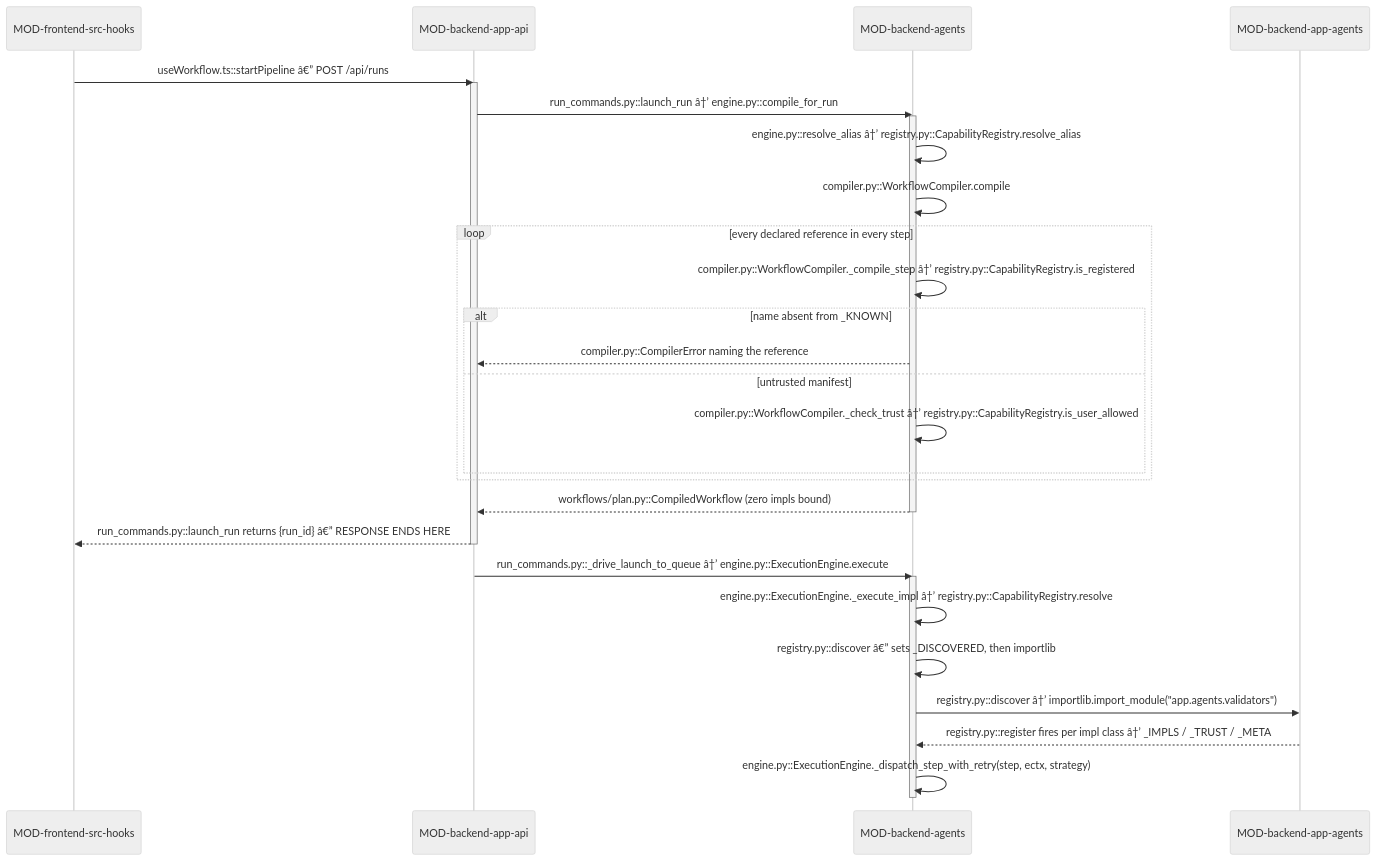
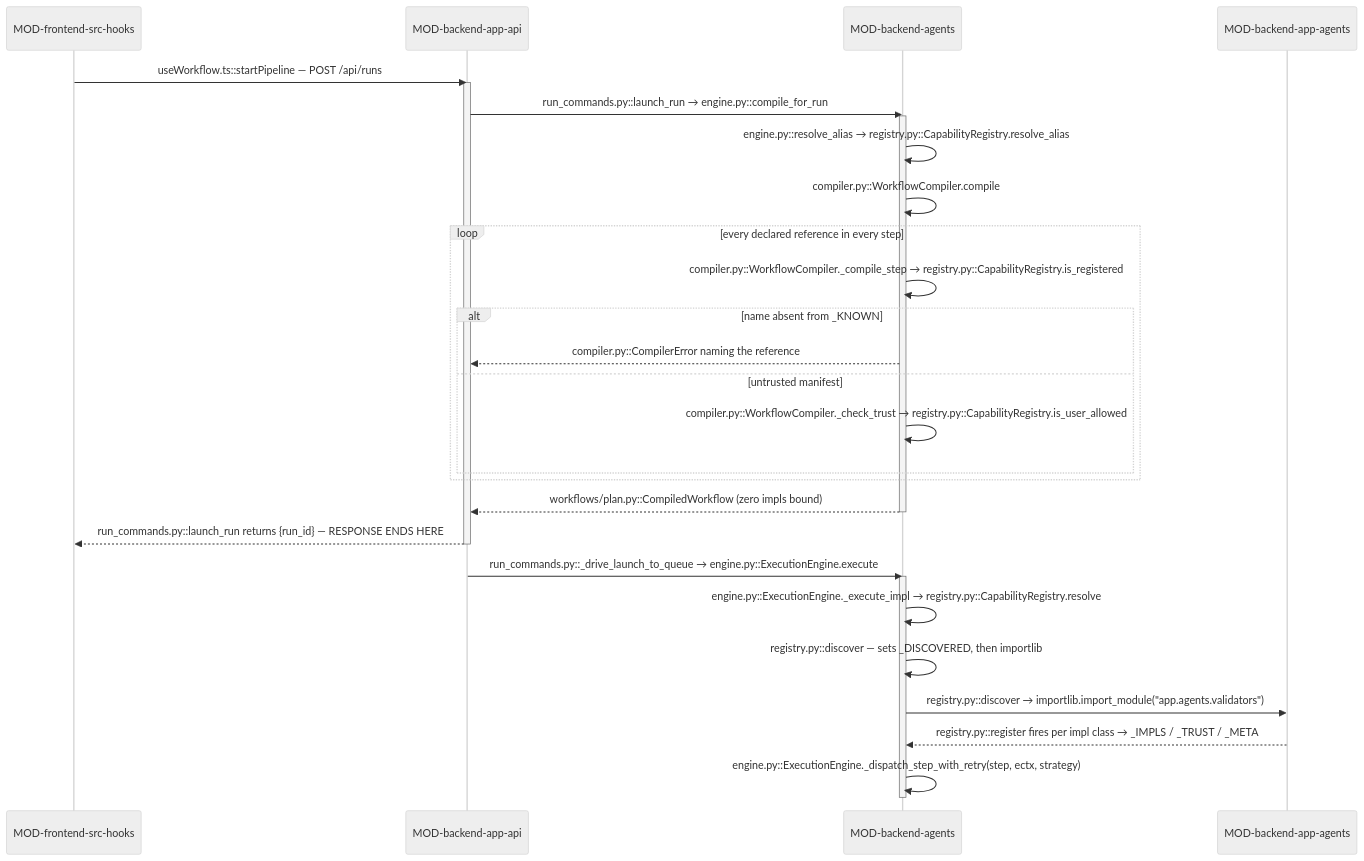
The second of 2 diagrams in .knowledge/architecture/DOMAIN-capability-registry.md (prateek-sinha7/IdeaFlowAI), drawn with Mermaid (neutral theme) before and after one commit. The commit also changed other lines of this file and 4493 other files, not shown here.

````diff
--- a/.knowledge/architecture/DOMAIN-capability-registry.md
+++ b/.knowledge/architecture/DOMAIN-capability-registry.md
@@ -198,35 +201,35 @@
 ```mermaid
 sequenceDiagram
     participant MOD-frontend-src-hooks
     participant MOD-backend-app-api
     participant MOD-backend-agents
     participant MOD-backend-app-agents
 
-    MOD-frontend-src-hooks->>MOD-backend-app-api: useWorkflow.ts::startPipeline â€” POST /api/runs
+    MOD-frontend-src-hooks->>MOD-backend-app-api: useWorkflow.ts::startPipeline — POST /api/runs
     activate MOD-backend-app-api
-    MOD-backend-app-api->>MOD-backend-agents: run_commands.py::launch_run â†’ engine.py::compile_for_run
+    MOD-backend-app-api->>MOD-backend-agents: run_commands.py::launch_run → engine.py::compile_for_run
     activate MOD-backend-agents
-    MOD-backend-agents->>MOD-backend-agents: engine.py::resolve_alias â†’ registry.py::CapabilityRegistry.resolve_alias
+    MOD-backend-agents->>MOD-backend-agents: engine.py::resolve_alias → registry.py::CapabilityRegistry.resolve_alias
     MOD-backend-agents->>MOD-backend-agents: compiler.py::WorkflowCompiler.compile
     loop every declared reference in every step
-        MOD-backend-agents->>MOD-backend-agents: compiler.py::WorkflowCompiler._compile_step â†’ registry.py::CapabilityRegistry.is_registered
+        MOD-backend-agents->>MOD-backend-agents: compiler.py::WorkflowCompiler._compile_step → registry.py::CapabilityRegistry.is_registered
         alt name absent from _KNOWN
             MOD-backend-agents-->>MOD-backend-app-api: compiler.py::CompilerError naming the reference
         else untrusted manifest
-            MOD-backend-agents->>MOD-backend-agents: compiler.py::WorkflowCompiler._check_trust â†’ registry.py::CapabilityRegistry.is_user_allowed
+            MOD-backend-agents->>MOD-backend-agents: compiler.py::WorkflowCompiler._check_trust → registry.py::CapabilityRegistry.is_user_allowed
         end
     end
     MOD-backend-agents-->>MOD-backend-app-api: workflows/plan.py::CompiledWorkflow (zero impls bound)
     deactivate MOD-backend-agents
-    MOD-backend-app-api-->>MOD-frontend-src-hooks: run_commands.py::launch_run returns {run_id} â€” RESPONSE ENDS HERE
+    MOD-backend-app-api-->>MOD-frontend-src-hooks: run_commands.py::launch_run returns {run_id} — RESPONSE ENDS HERE
     deactivate MOD-backend-app-api
 
-    MOD-backend-app-api->>MOD-backend-agents: run_commands.py::_drive_launch_to_queue â†’ engine.py::ExecutionEngine.execute
+    MOD-backend-app-api->>MOD-backend-agents: run_commands.py::_drive_launch_to_queue → engine.py::ExecutionEngine.execute
     activate MOD-backend-agents
-    MOD-backend-agents->>MOD-backend-agents: engine.py::ExecutionEngine._execute_impl â†’ registry.py::CapabilityRegistry.resolve
-    MOD-backend-agents->>MOD-backend-agents: registry.py::discover â€” sets _DISCOVERED, then importlib
-    MOD-backend-agents->>MOD-backend-app-agents: registry.py::discover â†’ importlib.import_module("app.agents.validators")
-    MOD-backend-app-agents-->>MOD-backend-agents: registry.py::register fires per impl class â†’ _IMPLS / _TRUST / _META
+    MOD-backend-agents->>MOD-backend-agents: engine.py::ExecutionEngine._execute_impl → registry.py::CapabilityRegistry.resolve
+    MOD-backend-agents->>MOD-backend-agents: registry.py::discover — sets _DISCOVERED, then importlib
+    MOD-backend-agents->>MOD-backend-app-agents: registry.py::discover → importlib.import_module("app.agents.validators")
+    MOD-backend-app-agents-->>MOD-backend-agents: registry.py::register fires per impl class → _IMPLS / _TRUST / _META
     MOD-backend-agents->>MOD-backend-agents: engine.py::ExecutionEngine._dispatch_step_with_retry(step, ectx, strategy)
     deactivate MOD-backend-agents
 ```
````
